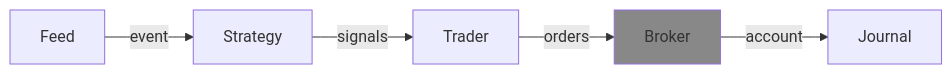
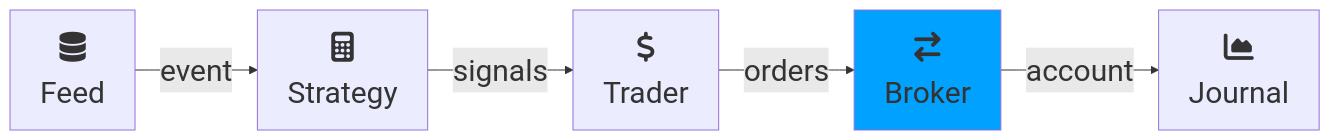
One commit to neurallayer/roboquant.py changed the diagram in docs/core/broker.md. Above: the diagram before and after it, drawn with Mermaid. The commit also changed other lines of this file and 9 other files, not shown here.

Commit message:
better diagram

````diff
--- a/docs/core/broker.md
+++ b/docs/core/broker.md
@@ -9,13 +8,15 @@
 ```mermaid
+---
+config:
+    themeVariables:
+        fontSize: '30px'
+---
 flowchart LR
- 
-    Feed["Feed"]
-    Strategy["Strategy"]
-    Trader["Trader"]
-    Broker["Broker"]
-    Journal["Journal"]
-    
-    Feed -- event --> Strategy -- signals --> Trader -- orders --> Broker -- account --> Journal 
-
-    style Broker fill:#888
+    Feed["fa:fa-database<br>Feed"]
+    Strategy["fa:fa-calculator<br>Strategy"]
+    Trader["fa:fa-dollar<br>Trader"]
+    Broker["fa:fa-exchange<br>Broker"]:::active
+    Journal["fa:fa-area-chart<br>Journal"]
+    Feed -- event --> Strategy -- signals --> Trader -- orders --> Broker -- account --> Journal
+    classDef active fill:#00A1FF
 ```
````
